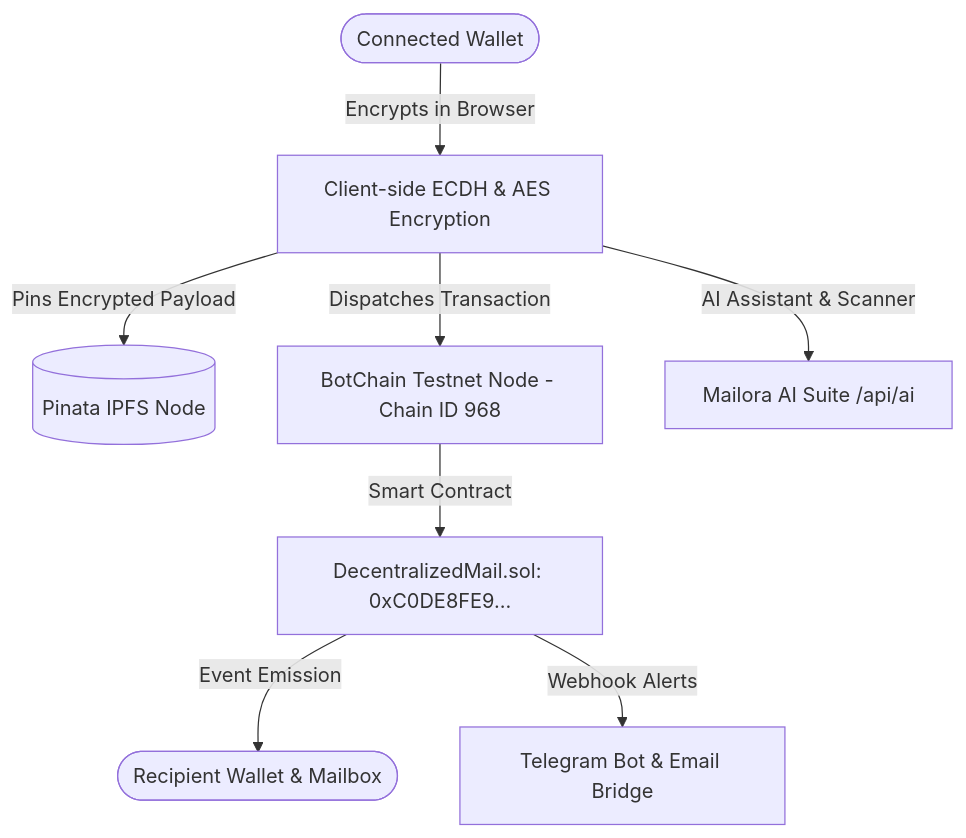
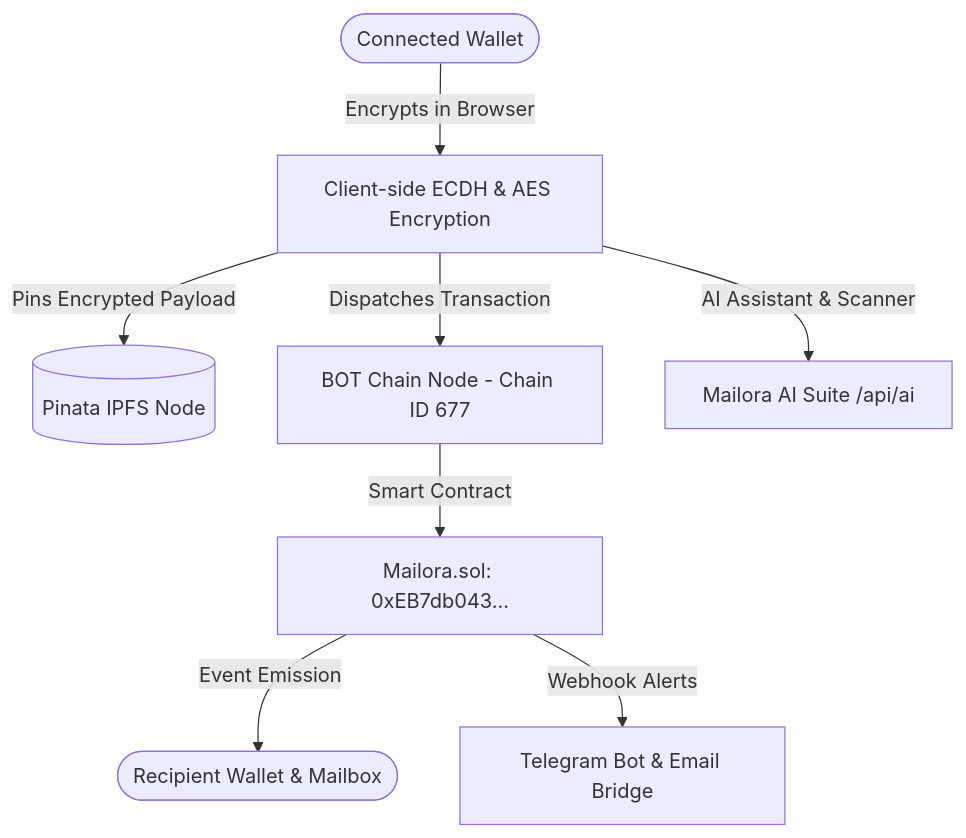
Before and after one commit to webtrovert0x/celomail: the diagram in README.md, drawn with Mermaid. The commit also changed other lines of this file and 1 other file, not shown here.

Commit message:
docs: align contract name to Mailora.sol and update architecture diagrams

````diff
--- a/README.md
+++ b/README.md
@@ -79,10 +79,10 @@
 ```mermaid
 graph TD
     User([Connected Wallet]) -->|Encrypts in Browser| LocalCrypto[Client-side ECDH & AES Encryption]
     LocalCrypto -->|Pins Encrypted Payload| IPFS[(Pinata IPFS Node)]
-    LocalCrypto -->|Dispatches Transaction| BotChain[BotChain Testnet Node - Chain ID 968]
-    BotChain -->|Smart Contract| Contract[DecentralizedMail.sol: 0xC0DE8FE9...]
+    LocalCrypto -->|Dispatches Transaction| BotChain[BOT Chain Node - Chain ID 677]
+    BotChain -->|Smart Contract| Contract[Mailora.sol: 0xEB7db043...]
     Contract -->|Event Emission| Receiver([Recipient Wallet & Mailbox])
     Contract -->|Webhook Alerts| Notifications[Telegram Bot & Email Bridge]
     LocalCrypto -->|AI Assistant & Scanner| MailoraAI[Mailora AI Suite /api/ai]
 ```
````
